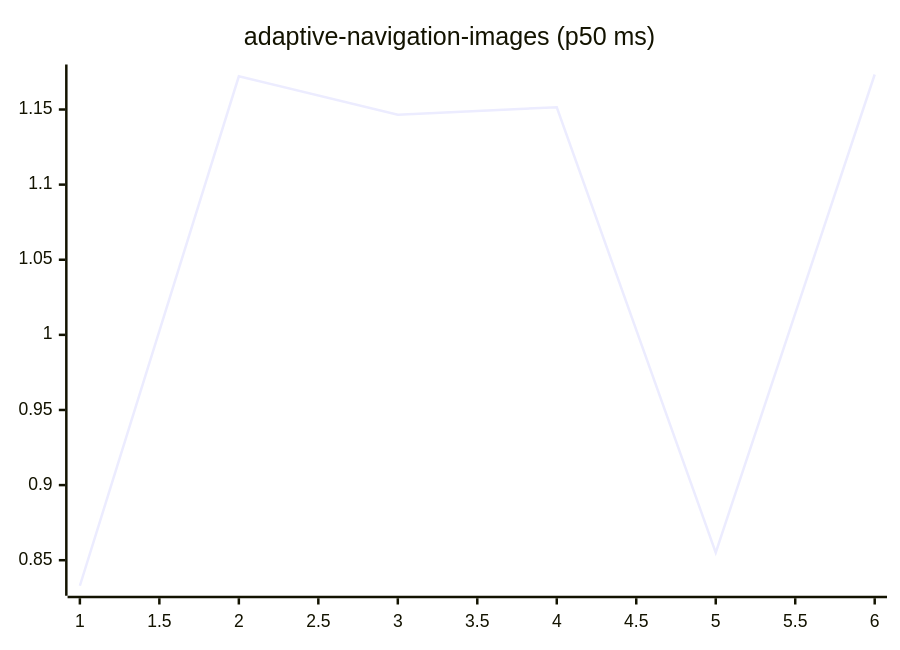
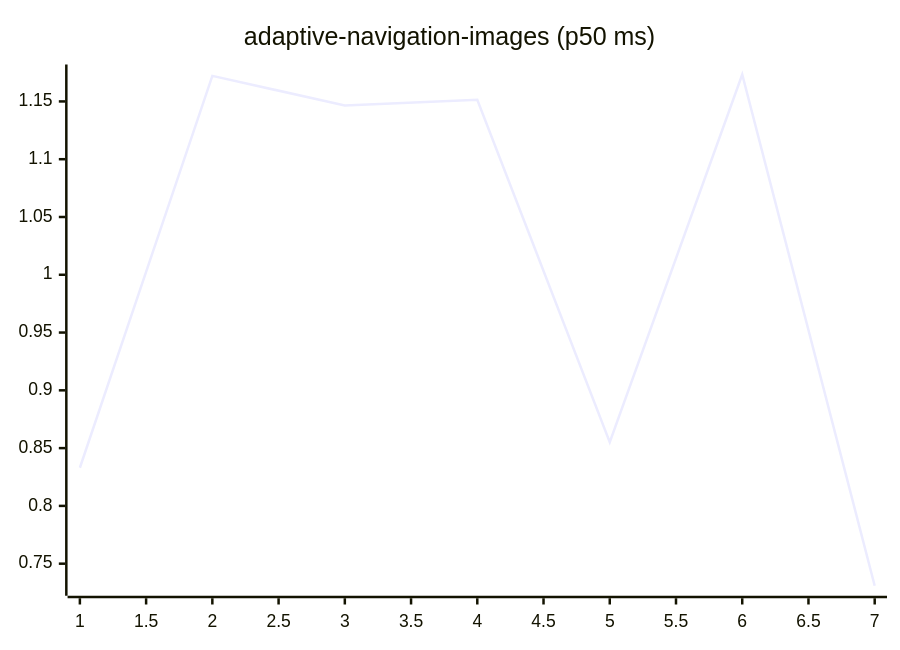
Before and after one commit to josha/Facet: the first of 27 diagrams in README.md, drawn with Mermaid. The commit also changed other lines of this file and 2 other files, not shown here.

````diff
--- a/README.md
+++ b/README.md
@@ -63,6 +63,6 @@
 ```mermaid
 xychart-beta
     title "adaptive-navigation-images (p50 ms)"
-    x-axis 1 --> 6
-    line [0.8330, 1.1721, 1.1465, 1.1515, 0.8551, 1.1733]
+    x-axis 1 --> 7
+    line [0.8330, 1.1721, 1.1465, 1.1515, 0.8551, 1.1733, 0.7309]
 ```
````
